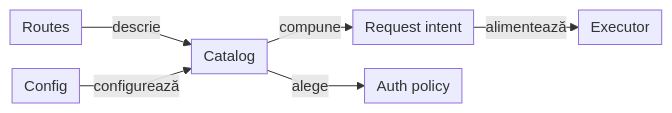
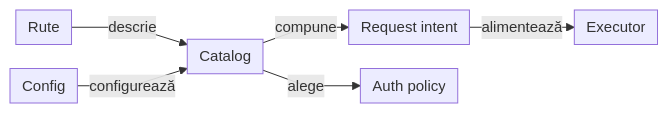
The seventh of 12 diagrams in docs/ATF_Architecture.md (crististefanita/atf_j0), drawn with Mermaid before and after one commit. The commit also changed other lines of this file and 113 other files, not shown here.

````diff
--- a/docs/ATF_Architecture.md
+++ b/docs/ATF_Architecture.md
@@ -484,9 +454,9 @@
 ```mermaid
 %%{init: {"themeVariables":{"fontSize":"15px"},"themeCSS":".nodeLabel, .nodeLabel p { font-size: 15px !important; line-height: 1.35 !important; } .edgeLabel, .edgeLabel p { font-size: 12px !important; font-weight: 400 !important; line-height: 1.2 !important; } .edgeLabel .labelBkg, .edgeLabel p { background: transparent !important; } .edgeLabel foreignObject { transform: translateY(-18px); overflow: visible; } .node rect { rx: 6px; ry: 6px; }","flowchart":{"curve":"linear","nodeSpacing":24,"rankSpacing":24,"padding":6,"diagramPadding":20}}}%%
 flowchart LR
-    Paths["Routes"] -->|descrie| Catalog["Catalog"]
+    Paths["Rute"] -->|descrie| Catalog["Catalog"]
     Config["Config"] -->|configurează| Catalog
     Catalog -->|compune| Operation["Request intent"]
     Catalog -->|alege| Auth["Auth policy"]
     Operation -->|alimentează| Executor["Executor"]
 ```
````
